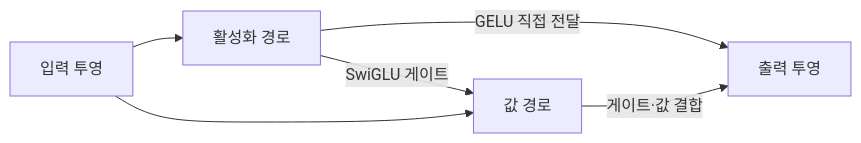
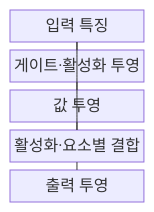
The first of 2 diagrams in src/content/docs/notes/08-latest-tech/226_swiglu_vs_gelu_activation.md (agnusdei1207/knowledge-base), drawn with Mermaid before and after one commit. The commit also changed other lines of this file and 18 other files, not shown here.

````diff
--- a/src/content/docs/notes/08-latest-tech/226_swiglu_vs_gelu_activation.md
+++ b/src/content/docs/notes/08-latest-tech/226_swiglu_vs_gelu_activation.md
@@ -53,8 +57,14 @@
 ```mermaid
-flowchart LR
-    I["입력 투영"] --> A["활성화 경로"]
-    I --> V["값 경로"]
-    A -->|GELU 직접 전달| O["출력 투영"]
-    A -->|SwiGLU 게이트| V
-    V -->|게이트·값 결합| O
+block-beta
+  columns 1
+  input["입력 특징"]
+  gate["게이트·활성화 투영"]
+  value["값 투영"]
+  combine["활성화·요소별 결합"]
+  output["출력 투영"]
+  input --- gate
+  input --- value
+  gate --- combine
+  value --- combine
+  combine --- output
 ```
````
